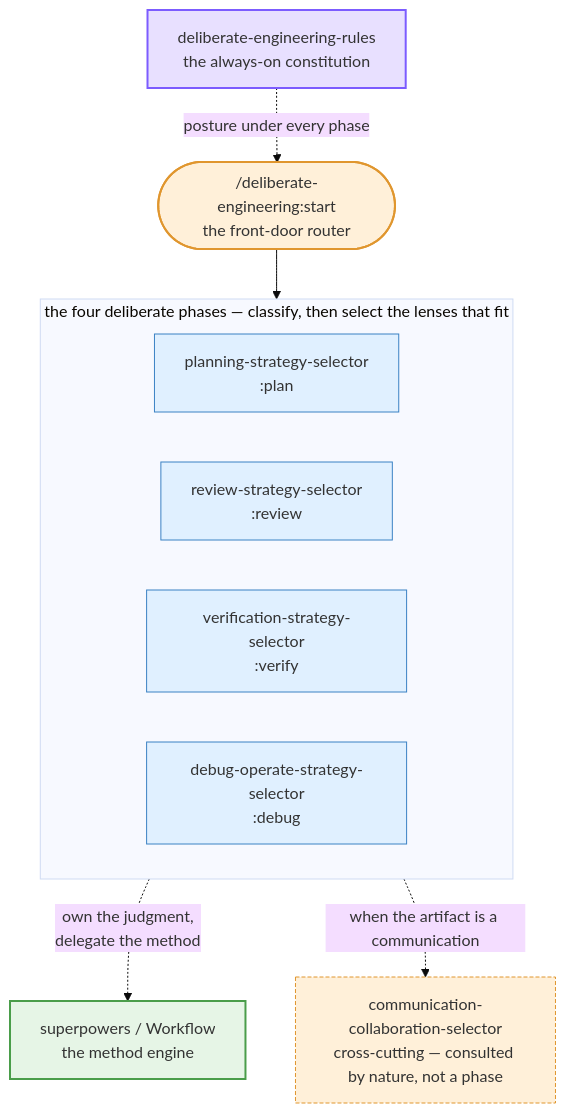
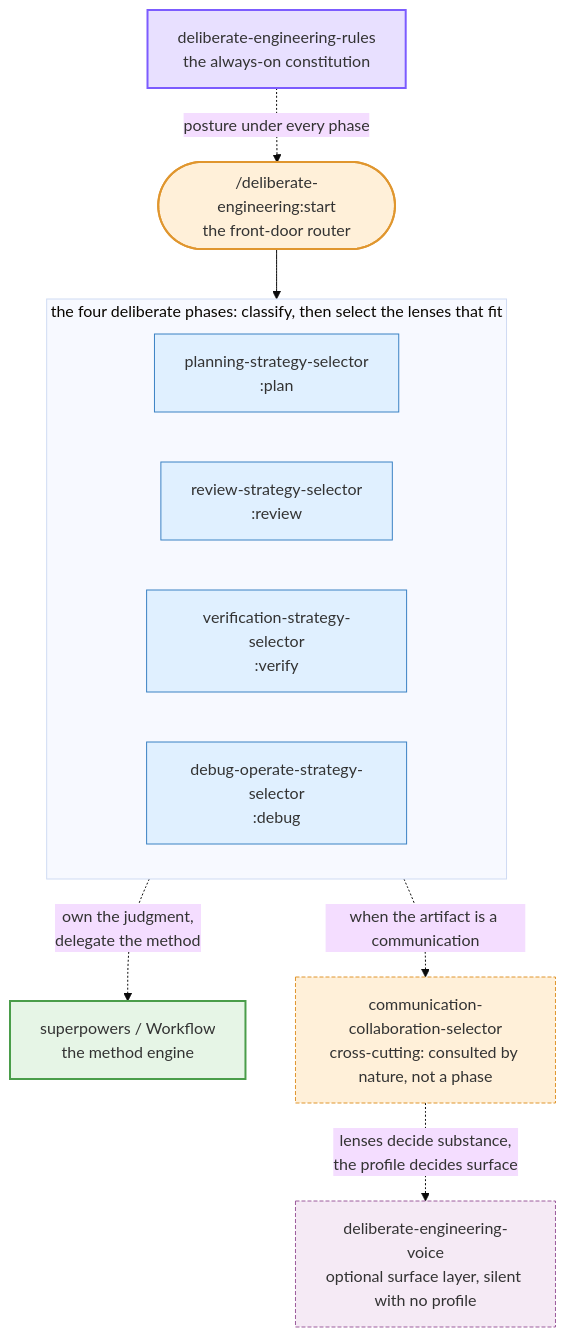
Before and after one commit to lucasfugisawa/deliberate-engineering: the first of 2 diagrams in docs/architecture-and-usage.md, drawn with Mermaid (base theme). The commit also changed other lines of this file and 13 other files, not shown here.

First line of the commit message:
Add an optional operator voice profile layer (0.6.0)

````diff
--- a/docs/architecture-and-usage.md
+++ b/docs/architecture-and-usage.md
@@ -11,29 +11,33 @@
 ```mermaid
 flowchart TD
     rules["deliberate-engineering-rules<br/>the always-on constitution"]
     start(["/deliberate-engineering:start<br/>the front-door router"])
-    subgraph phases["the four deliberate phases — classify, then select the lenses that fit"]
+    subgraph phases["the four deliberate phases: classify, then select the lenses that fit"]
         plan["planning-strategy-selector<br/>:plan"]
         review["review-strategy-selector<br/>:review"]
         verify["verification-strategy-selector<br/>:verify"]
         debug["debug-operate-strategy-selector<br/>:debug"]
     end
     engine["superpowers / Workflow<br/>the method engine"]
-    comms["communication-collaboration-selector<br/>cross-cutting — consulted by nature, not a phase"]
+    comms["communication-collaboration-selector<br/>cross-cutting: consulted by nature, not a phase"]
+    voice["deliberate-engineering-voice<br/>optional surface layer, silent with no profile"]
 
     rules -.->|posture under every phase| start
     start --> phases
     phases -.->|own the judgment,<br/>delegate the method| engine
     phases -.->|when the artifact is a communication| comms
+    comms -.->|lenses decide substance,<br/>the profile decides surface| voice
 
     classDef constitution fill:#e8e0ff,stroke:#7c5cff,stroke-width:2px;
     classDef router fill:#fff0d9,stroke:#e0962e,stroke-width:2px;
     classDef phase fill:#e0f0ff,stroke:#3b82c4,stroke-width:1px;
     classDef engine fill:#e6f5e6,stroke:#4a9d4a,stroke-width:2px;
     classDef comms fill:#fff0d9,stroke:#e0962e,stroke-width:1px,stroke-dasharray:4 2;
+    classDef voice fill:#f5eaf5,stroke:#9c5c9c,stroke-width:1px,stroke-dasharray:4 2;
     class rules constitution
     class start router
     class plan,review,verify,debug phase
     class engine engine
     class comms comms
+    class voice voice
 ```
````
